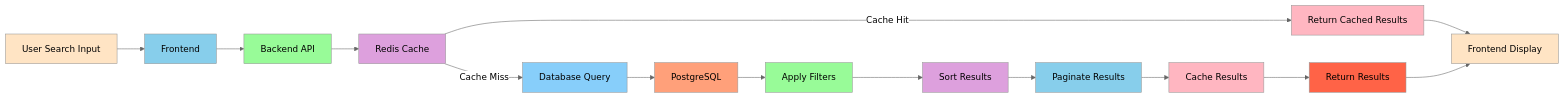
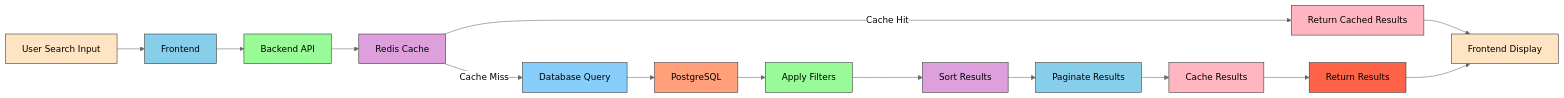
The sixth of 8 diagrams in SOLUTION_SUMMARY.md (aryan083/pokedex), drawn with Mermaid (neutral theme) before and after one commit. The commit also changed other lines of this file, not shown here.

Commit message:
Add SVG diagrams exported from mermaid charts in SOLUTION_SUMMARY.md

````diff
--- a/SOLUTION_SUMMARY.md
+++ b/SOLUTION_SUMMARY.md
@@ -232,30 +232,30 @@
 ```mermaid
 graph LR
     A[User Search Input] --> B[Frontend]
     B --> C[Backend API]
     C --> D[Redis Cache]
     D -- Cache Hit --> E[Return Cached Results]
     D -- Cache Miss --> F[Database Query]
     F --> G[PostgreSQL]
     G --> H[Apply Filters]
     H --> I[Sort Results]
     I --> J[Paginate Results]
     J --> K[Cache Results]
     K --> L[Return Results]
     E --> M[Frontend Display]
     L --> M
     
-    style A fill:#FFE4C4
-    style B fill:#87CEEB
-    style C fill:#98FB98
-    style D fill:#DDA0DD
-    style E fill:#FFB6C1
-    style F fill:#87CEFA
-    style G fill:#FFA07A
-    style H fill:#98FB98
-    style I fill:#DDA0DD
-    style J fill:#87CEEB
-    style K fill:#FFB6C1
-    style L fill:#FF6347
-    style M fill:#FFE4C4
+    style A fill:#FFE4C4,stroke:#333,color:#000
+    style B fill:#87CEEB,stroke:#333,color:#000
+    style C fill:#98FB98,stroke:#333,color:#000
+    style D fill:#DDA0DD,stroke:#333,color:#000
+    style E fill:#FFB6C1,stroke:#333,color:#000
+    style F fill:#87CEFA,stroke:#333,color:#000
+    style G fill:#FFA07A,stroke:#333,color:#000
+    style H fill:#98FB98,stroke:#333,color:#000
+    style I fill:#DDA0DD,stroke:#333,color:#000
+    style J fill:#87CEEB,stroke:#333,color:#000
+    style K fill:#FFB6C1,stroke:#333,color:#000
+    style L fill:#FF6347,stroke:#333,color:#000
+    style M fill:#FFE4C4,stroke:#333,color:#000
 ```
````
